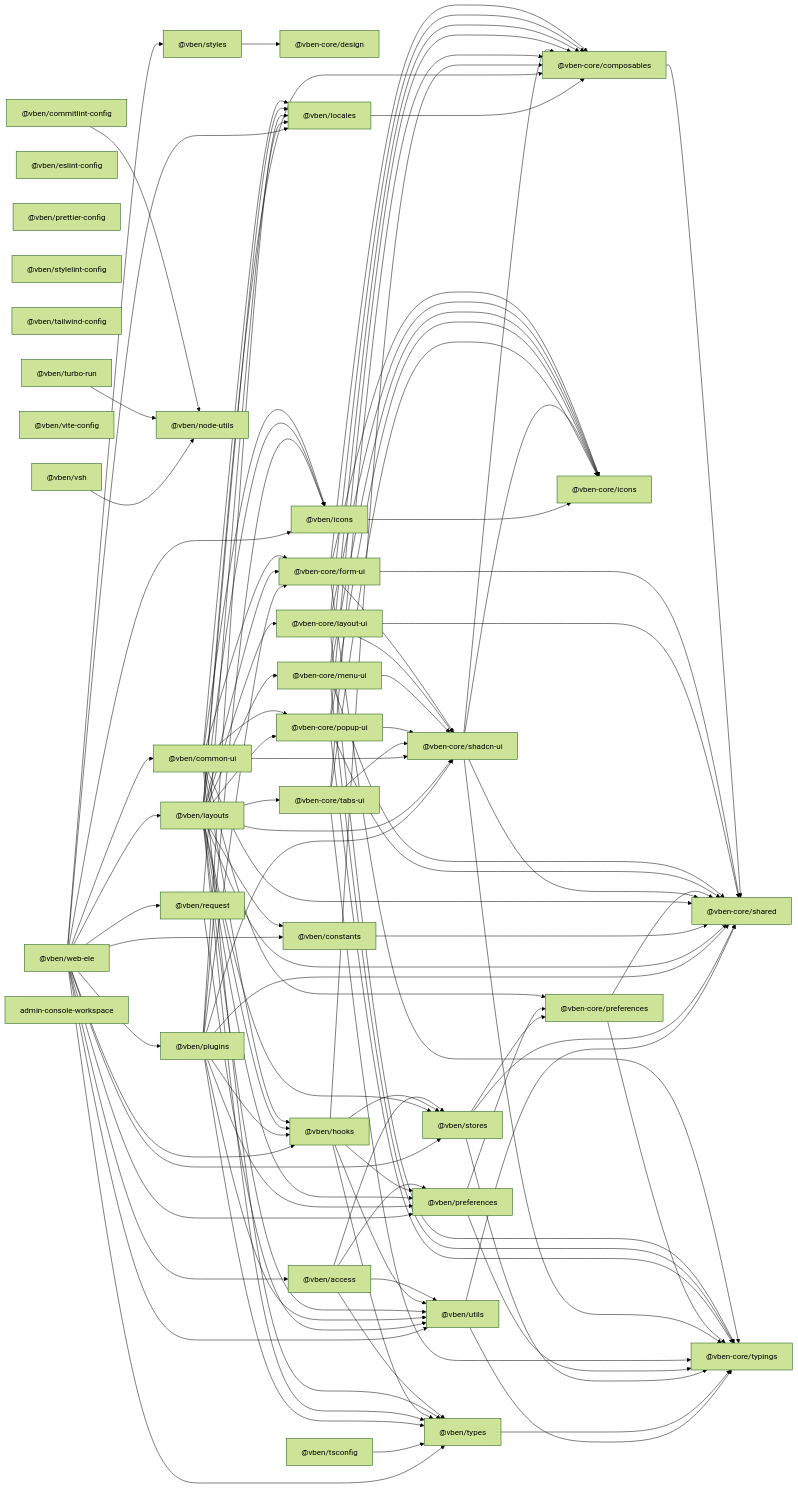
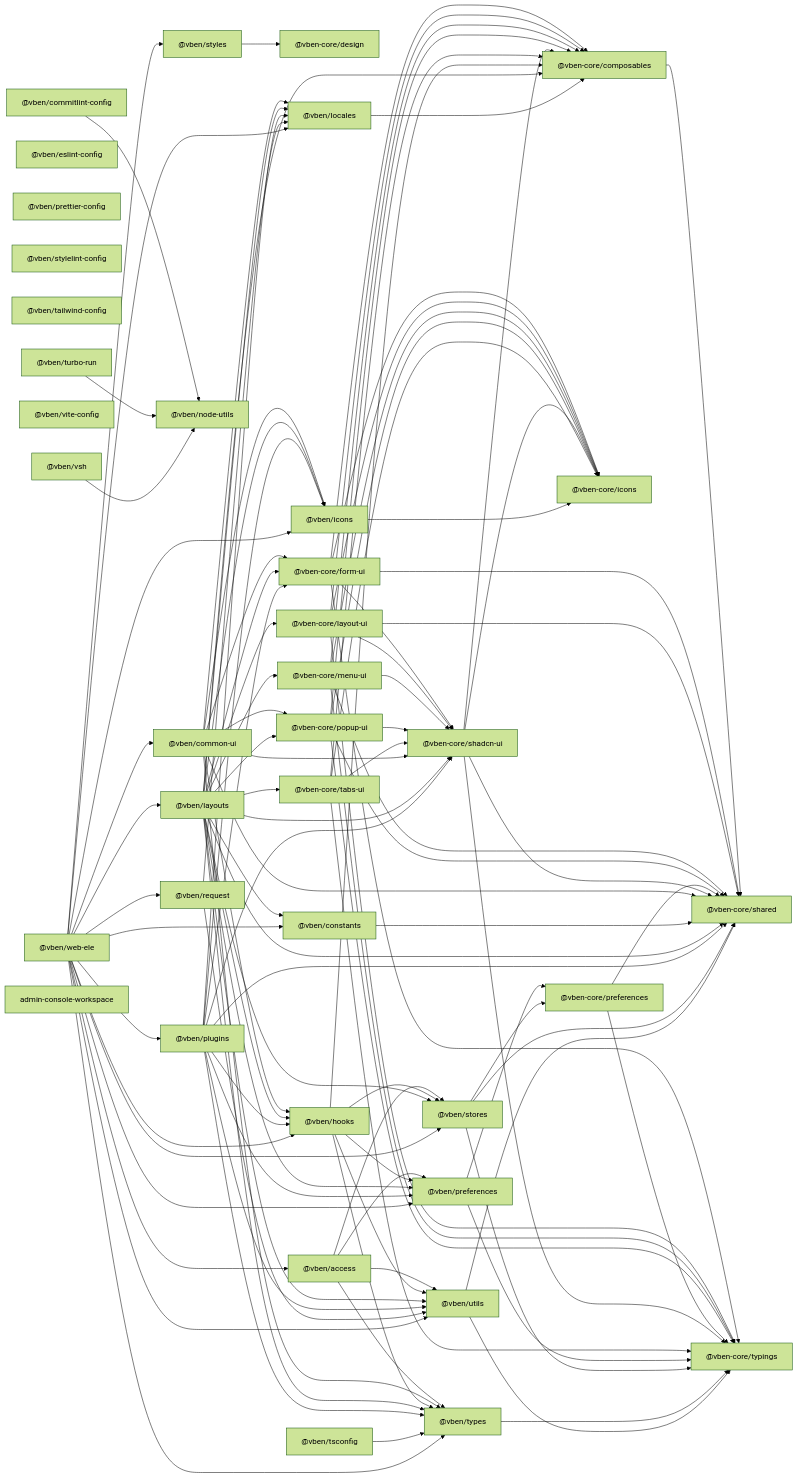
One commit to shady2713/xinkuangjia changed the first of 4 diagrams in 前端代码/basic-framework-admin/docs/开发指南/模块依赖关系图.md. Above: the diagram before and after it, drawn with Mermaid (forest theme). The commit also changed other lines of this file and 52 other files, not shown here.

```diff
--- a/前端代码/basic-framework-admin/docs/开发指南/模块依赖关系图.md
+++ b/前端代码/basic-framework-admin/docs/开发指南/模块依赖关系图.md
@@ -144,7 +144,6 @@
   p13 --> p21
   p14 --> p2
   p14 --> p6
-  p14 --> p7
   p14 --> p8
   p14 --> p9
   p14 --> p17
```
